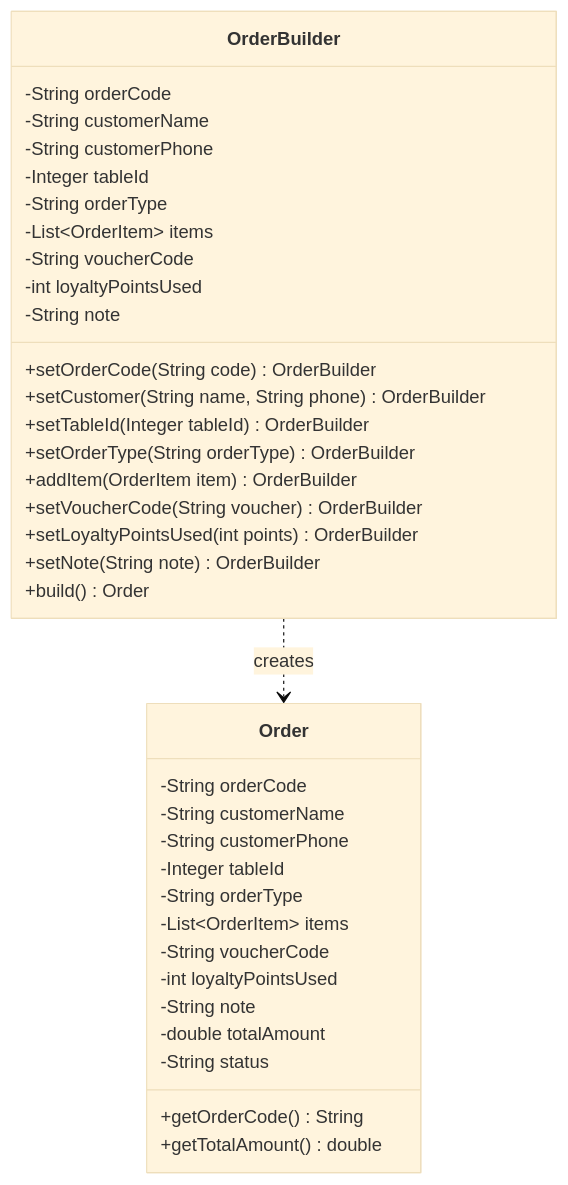
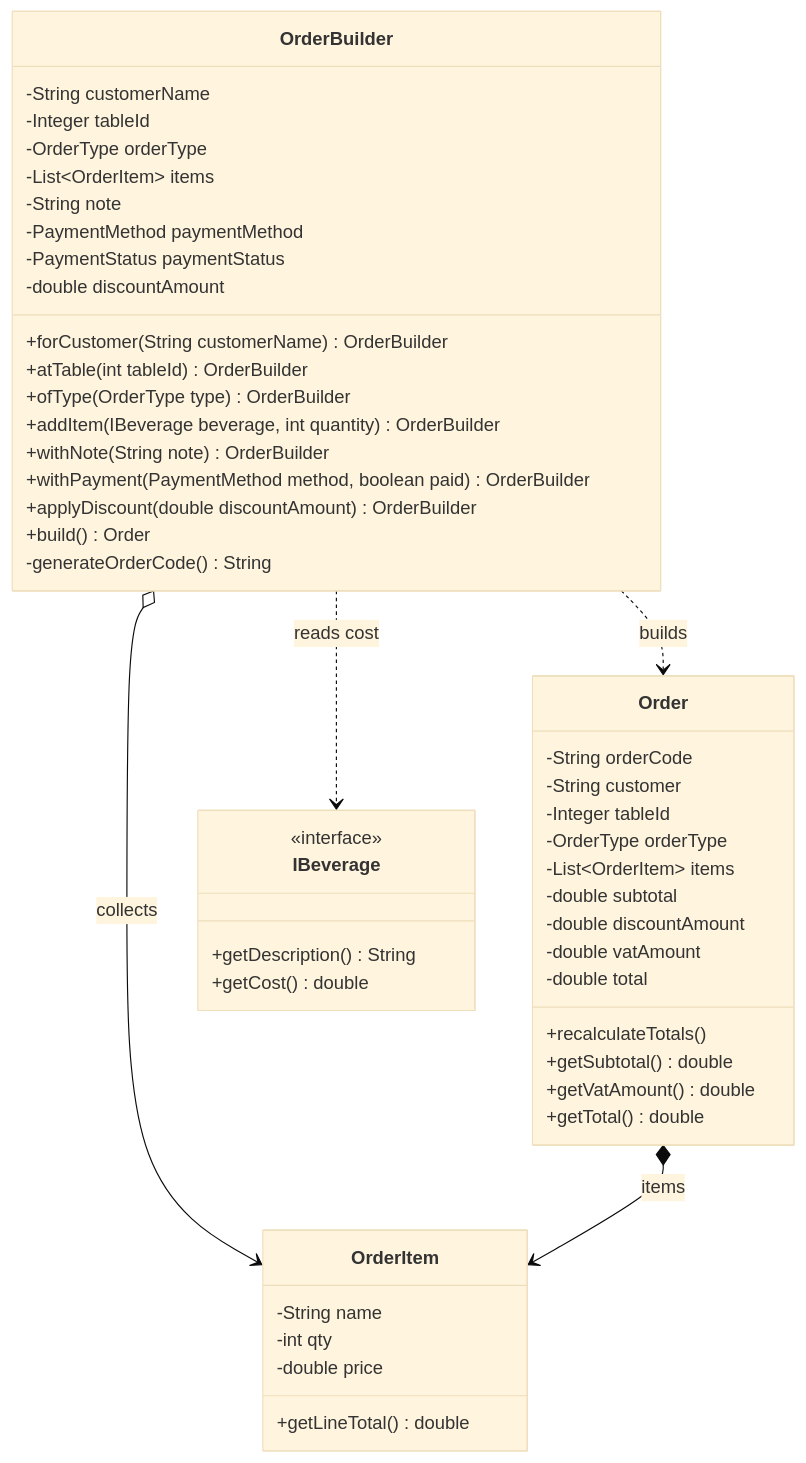
The fourth of 8 diagrams in docs/DESIGN_PATTERNS_SPEC.md (HubertPhung/WebQuanLyQuanCafe-DesignPatterns), drawn with Mermaid (base theme) before and after one commit. The commit also changed other lines of this file, not shown here.

First line of the commit message:
docs: align Builder and Observer UML with implemented classes (#15)

````diff
--- a/docs/DESIGN_PATTERNS_SPEC.md
+++ b/docs/DESIGN_PATTERNS_SPEC.md
@@ -639,41 +640,56 @@
 ```mermaid
 classDiagram
+    class OrderBuilder {
+        -String customerName
+        -Integer tableId
+        -OrderType orderType
+        -List~OrderItem~ items
+        -String note
+        -PaymentMethod paymentMethod
+        -PaymentStatus paymentStatus
+        -double discountAmount
+        +forCustomer(String customerName) OrderBuilder
+        +atTable(int tableId) OrderBuilder
+        +ofType(OrderType type) OrderBuilder
+        +addItem(IBeverage beverage, int quantity) OrderBuilder
+        +withNote(String note) OrderBuilder
+        +withPayment(PaymentMethod method, boolean paid) OrderBuilder
+        +applyDiscount(double discountAmount) OrderBuilder
+        +build() Order
+        -generateOrderCode() String
+    }
+
     class Order {
         -String orderCode
-        -String customerName
-        -String customerPhone
+        -String customer
         -Integer tableId
-        -String orderType
+        -OrderType orderType
         -List~OrderItem~ items
-        -String voucherCode
-        -int loyaltyPointsUsed
-        -String note
-        -double totalAmount
-        -String status
-        +getOrderCode() String
-        +getTotalAmount() double
+        -double subtotal
+        -double discountAmount
+        -double vatAmount
+        -double total
+        +recalculateTotals()
+        +getSubtotal() double
+        +getVatAmount() double
+        +getTotal() double
     }
 
-    class OrderBuilder {
-        -String orderCode
-        -String customerName
-        -String customerPhone
-        -Integer tableId
-        -String orderType
-        -List~OrderItem~ items
-        -String voucherCode
-        -int loyaltyPointsUsed
-        -String note
-        +setOrderCode(String code) OrderBuilder
-        +setCustomer(String name, String phone) OrderBuilder
-        +setTableId(Integer tableId) OrderBuilder
-        +setOrderType(String orderType) OrderBuilder
-        +addItem(OrderItem item) OrderBuilder
-        +setVoucherCode(String voucher) OrderBuilder
-        +setLoyaltyPointsUsed(int points) OrderBuilder
-        +setNote(String note) OrderBuilder
-        +build() Order
+    class OrderItem {
+        -String name
+        -int qty
+        -double price
+        +getLineTotal() double
     }
 
-    OrderBuilder ..> Order : creates
+    class IBeverage {
+        <<interface>>
+        +getDescription() String
+        +getCost() double
+    }
+
+    OrderBuilder ..> Order : builds
+    OrderBuilder ..> IBeverage : reads cost
+    OrderBuilder o--> OrderItem : collects
+    Order *--> OrderItem : items
 ```
````
